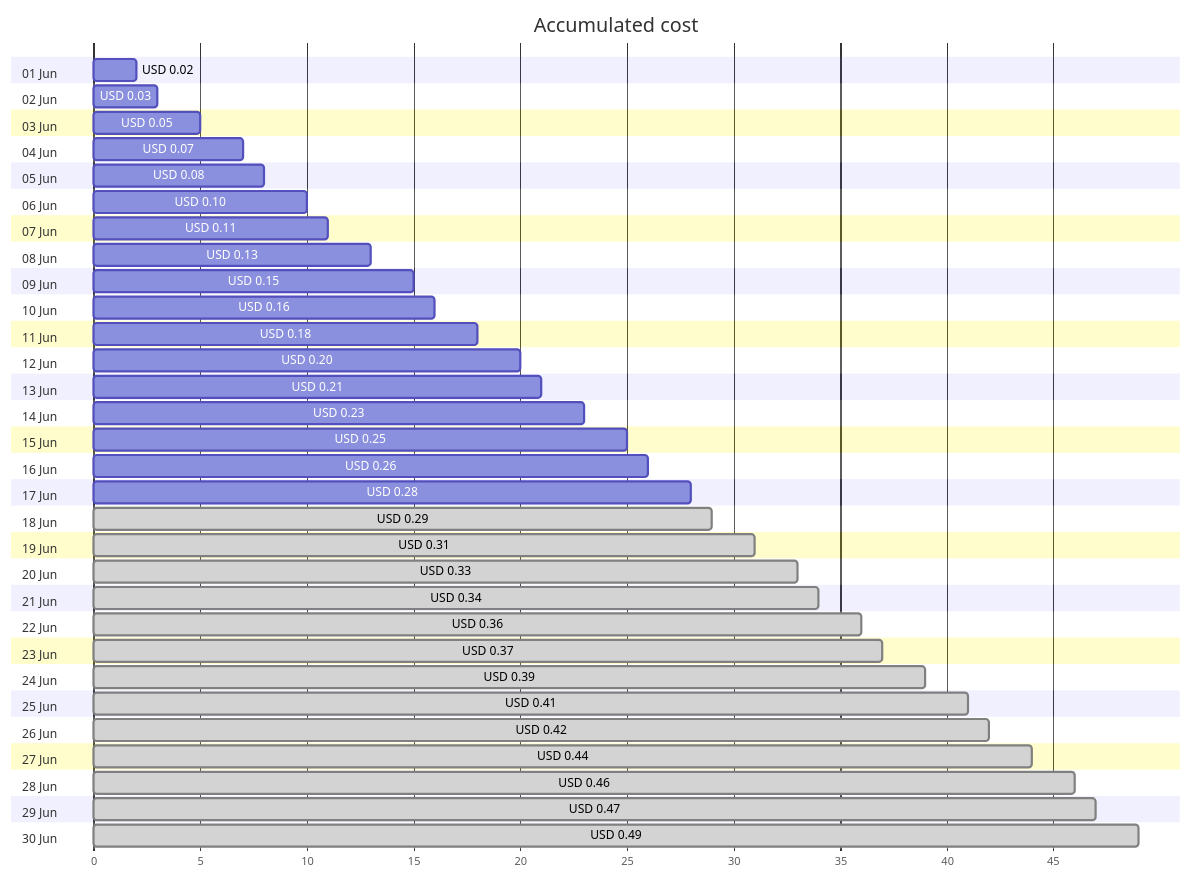
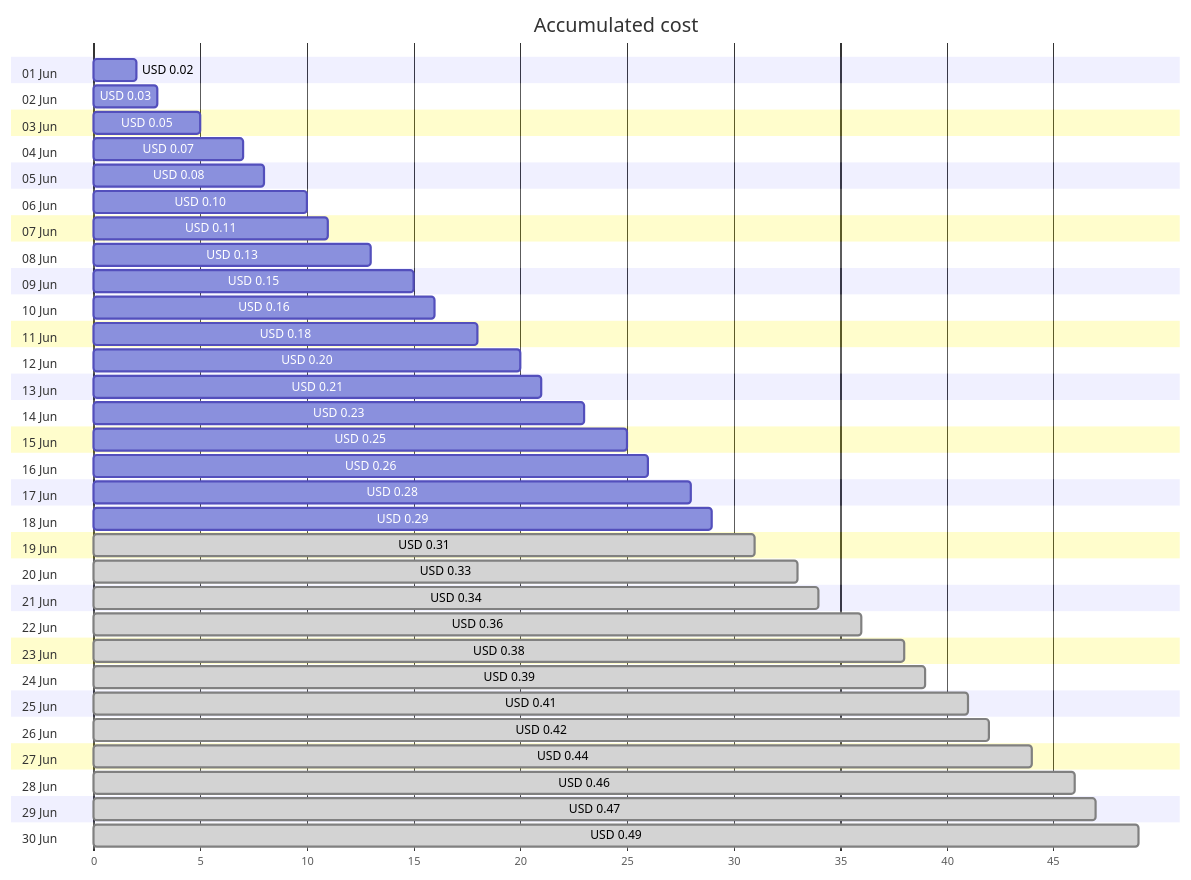
The first of 4 diagrams in cost-reports/personal-dns/jpatrickfulton.com.md (jpfulton/azure-personal-reports), drawn with Mermaid before and after one commit. The commit also changed other lines of this file and 2 other files, not shown here.

````diff
--- a/cost-reports/personal-dns/jpatrickfulton.com.md
+++ b/cost-reports/personal-dns/jpatrickfulton.com.md
@@ -20,66 +20,66 @@
 ```mermaid
 gantt
    title Accumulated cost
    dateFormat  X
    axisFormat %s
    section 01 Jun
    USD 0.02 :0, 2
    section 02 Jun
    USD 0.03 :0, 3
    section 03 Jun
    USD 0.05 :0, 5
    section 04 Jun
    USD 0.07 :0, 7
    section 05 Jun
    USD 0.08 :0, 8
    section 06 Jun
    USD 0.10 :0, 10
    section 07 Jun
    USD 0.11 :0, 11
    section 08 Jun
    USD 0.13 :0, 13
    section 09 Jun
    USD 0.15 :0, 15
    section 10 Jun
    USD 0.16 :0, 16
    section 11 Jun
    USD 0.18 :0, 18
    section 12 Jun
    USD 0.20 :0, 20
    section 13 Jun
    USD 0.21 :0, 21
    section 14 Jun
    USD 0.23 :0, 23
    section 15 Jun
    USD 0.25 :0, 25
    section 16 Jun
    USD 0.26 :0, 26
    section 17 Jun
    USD 0.28 :0, 28
    section 18 Jun
-   USD 0.29 : done, 0, 29
+   USD 0.29 :0, 29
    section 19 Jun
    USD 0.31 : done, 0, 31
    section 20 Jun
    USD 0.33 : done, 0, 33
    section 21 Jun
    USD 0.34 : done, 0, 34
    section 22 Jun
    USD 0.36 : done, 0, 36
    section 23 Jun
-   USD 0.37 : done, 0, 37
+   USD 0.38 : done, 0, 38
    section 24 Jun
    USD 0.39 : done, 0, 39
    section 25 Jun
    USD 0.41 : done, 0, 41
    section 26 Jun
    USD 0.42 : done, 0, 42
    section 27 Jun
    USD 0.44 : done, 0, 44
    section 28 Jun
    USD 0.46 : done, 0, 46
    section 29 Jun
    USD 0.47 : done, 0, 47
    section 30 Jun
    USD 0.49 : done, 0, 49
 ```
````
